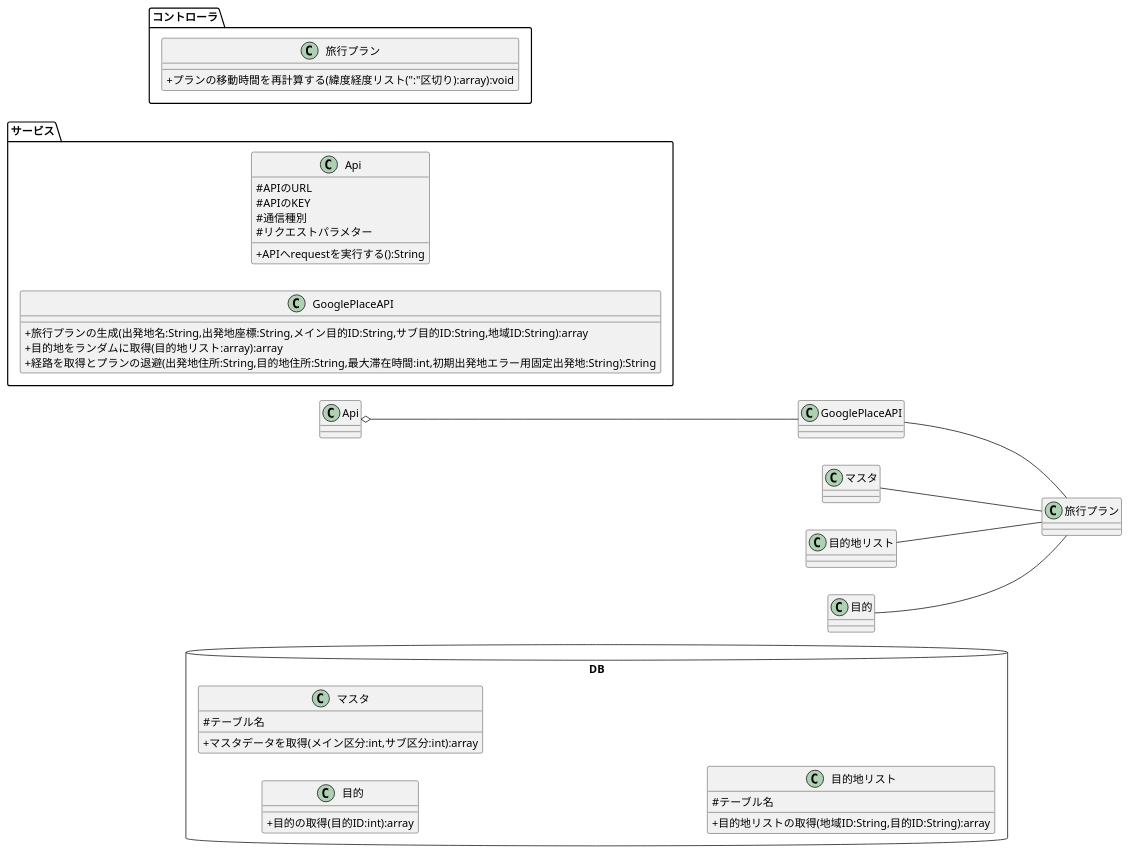
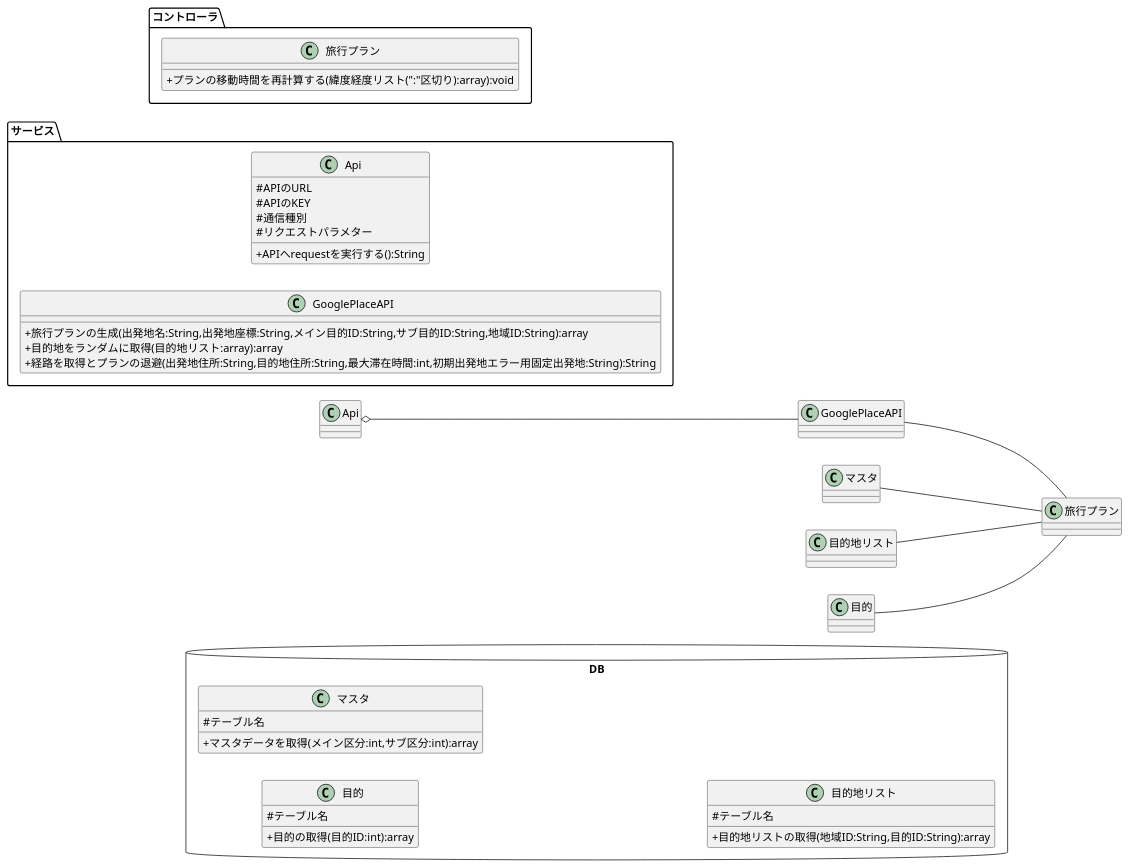
The diagram in 設計書/クラス図/済：システム3：旅行プランの自動生成をする.pu (teamack20172020/sotukenTest), drawn with PlantUML before and after one commit. The commit also changed 1 other file, not shown here.

Commit message:
不足情報の修正と目的一覧をDBから取得するクラス図の作成

```diff
--- a/設計書/クラス図/済：システム3：旅行プランの自動生成をする.pu
+++ b/設計書/クラス図/済：システム3：旅行プランの自動生成をする.pu
@@ -1,53 +1,54 @@
 @startuml
 
 skinparam classAttributeIconSize 0
 
 package DB <<Database>>  {
     left to right direction
 
     class 目的{
+        # テーブル名
         + 目的の取得(目的ID:int):array
     }
 
     class マスタ{
         # テーブル名
         + マスタデータを取得(メイン区分:int,サブ区分:int):array
     }
 
     class 目的地リスト{
         # テーブル名
         + 目的地リストの取得(地域ID:String,目的ID:String):array
     }
 }
 
 package サービス{
     left to right direction
     class Api {
         # APIのURL
         # APIのKEY
         # 通信種別
         # リクエストパラメター
         + APIへrequestを実行する():String
     }
 
     class GooglePlaceAPI {
         + 旅行プランの生成(出発地名:String,出発地座標:String,メイン目的ID:String,サブ目的ID:String,地域ID:String):array
         + 目的地をランダムに取得(目的地リスト:array):array
         + 経路を取得とプランの退避(出発地住所:String,目的地住所:String,最大滞在時間:int,初期出発地エラー用固定出発地:String):String
     }
 
     .Api o-- .GooglePlaceAPI
 }
 
 package コントローラ{
     class 旅行プラン {
         + プランの移動時間を再計算する(緯度経度リスト(":"区切り):array):void
     }
 
     .GooglePlaceAPI -- .旅行プラン
     .マスタ -- .旅行プラン
     .目的地リスト -- .旅行プラン
     .目的 -- .旅行プラン
 }
 
 @enduml
```
